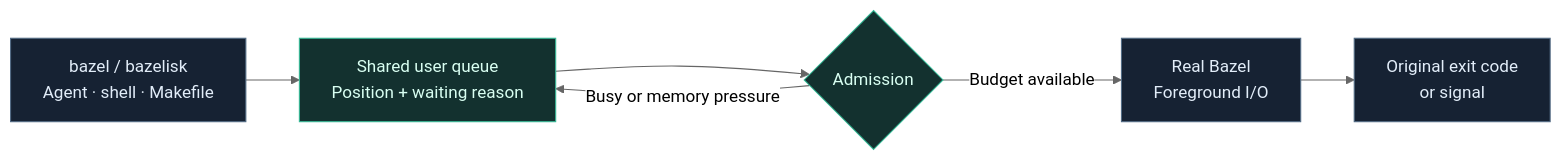
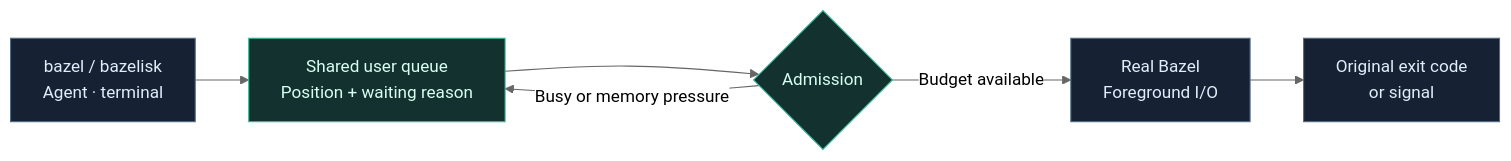
One commit to bitomule/bazelqueue changed the diagram in README.md. Above: the diagram before and after it, drawn with Mermaid (neutral theme). The commit also changed other lines of this file, not shown here.

Commit message:
docs: remove Makefile-specific README framing

````diff
--- a/README.md
+++ b/README.md
@@ -96,12 +96,12 @@
 ```mermaid
 flowchart LR
-    A["bazel / bazelisk<br/>Agent · shell · Makefile"] --> Q["Shared user queue<br/>Position + waiting reason"]
+    A["bazel / bazelisk<br/>Agent · terminal"] --> Q["Shared user queue<br/>Position + waiting reason"]
     Q --> G{"Admission"}
     G -->|Budget available| B["Real Bazel<br/>Foreground I/O"]
     G -->|Busy or memory pressure| Q
     B --> R["Original exit code<br/>or signal"]
     classDef queue fill:#13312f,stroke:#35b996,color:#d9fff2;
     classDef plain fill:#162233,stroke:#526b85,color:#e2edf9;
     class Q,G queue;
     class A,B,R plain;
 ```
````
